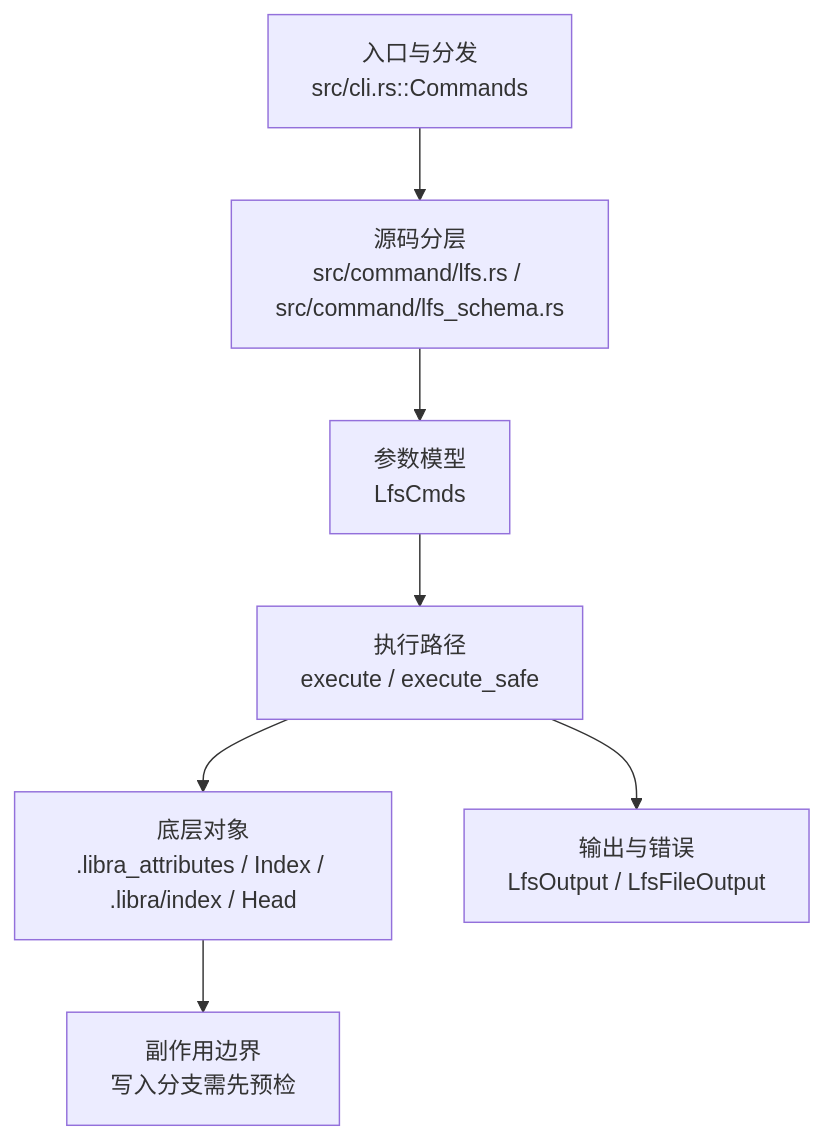
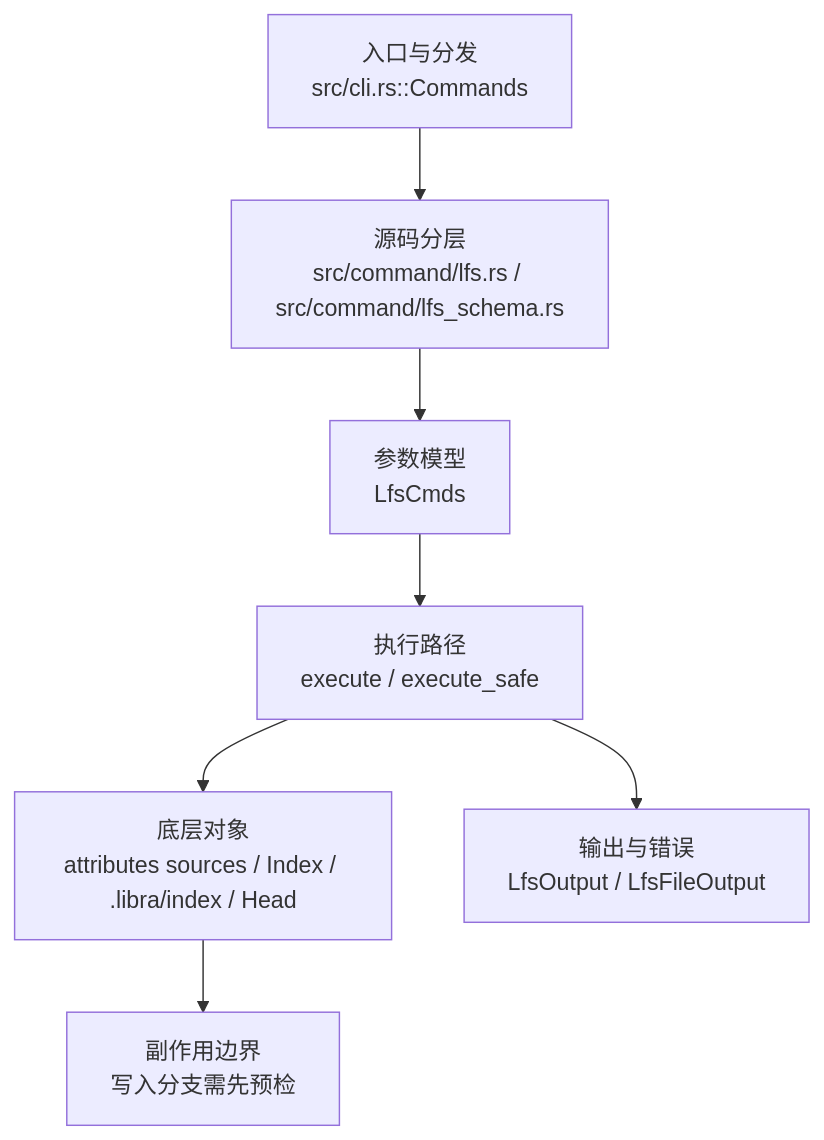
Before and after one commit to wingwangsz/libra: the diagram in docs/development/commands/lfs.md, drawn with Mermaid. The commit also changed other lines of this file and 50 other files, not shown here.

Commit message:
feat(attributes): support git standard sources

````diff
--- a/docs/development/commands/lfs.md
+++ b/docs/development/commands/lfs.md
@@ -23,9 +23,9 @@
 ```mermaid
 flowchart TD
     A["入口与分发<br/>src/cli.rs::Commands"] --> B["源码分层<br/>src/command/lfs.rs / src/command/lfs_schema.rs"]
     B --> C["参数模型<br/>LfsCmds"]
     C --> D["执行路径<br/>execute / execute_safe"]
-    D --> E["底层对象<br/>.libra_attributes / Index / .libra/index / Head"]
+    D --> E["底层对象<br/>attributes sources / Index / .libra/index / Head"]
     D --> F["输出与错误<br/>LfsOutput / LfsFileOutput"]
     E --> G["副作用边界<br/>写入分支需先预检"]
 ```
````
